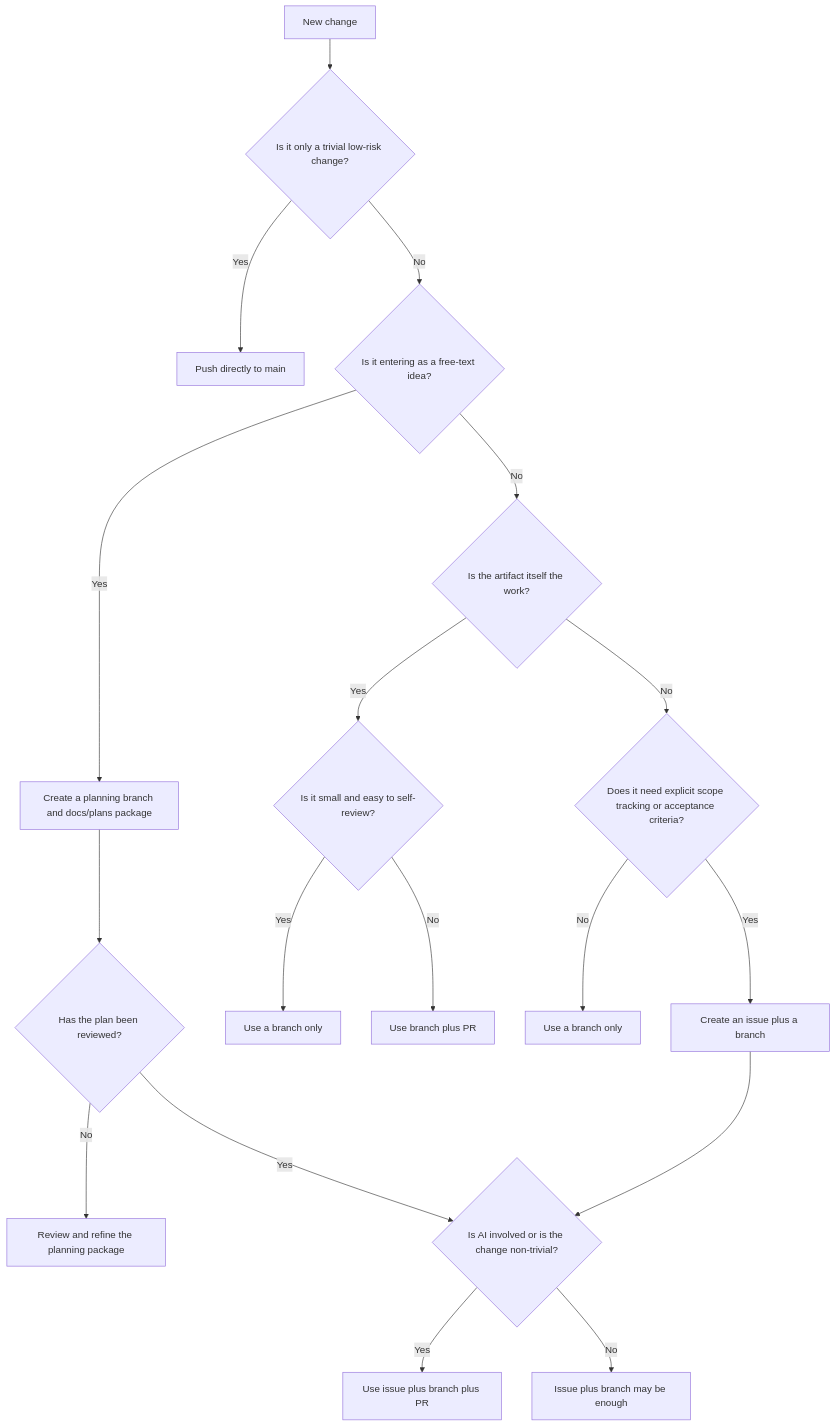
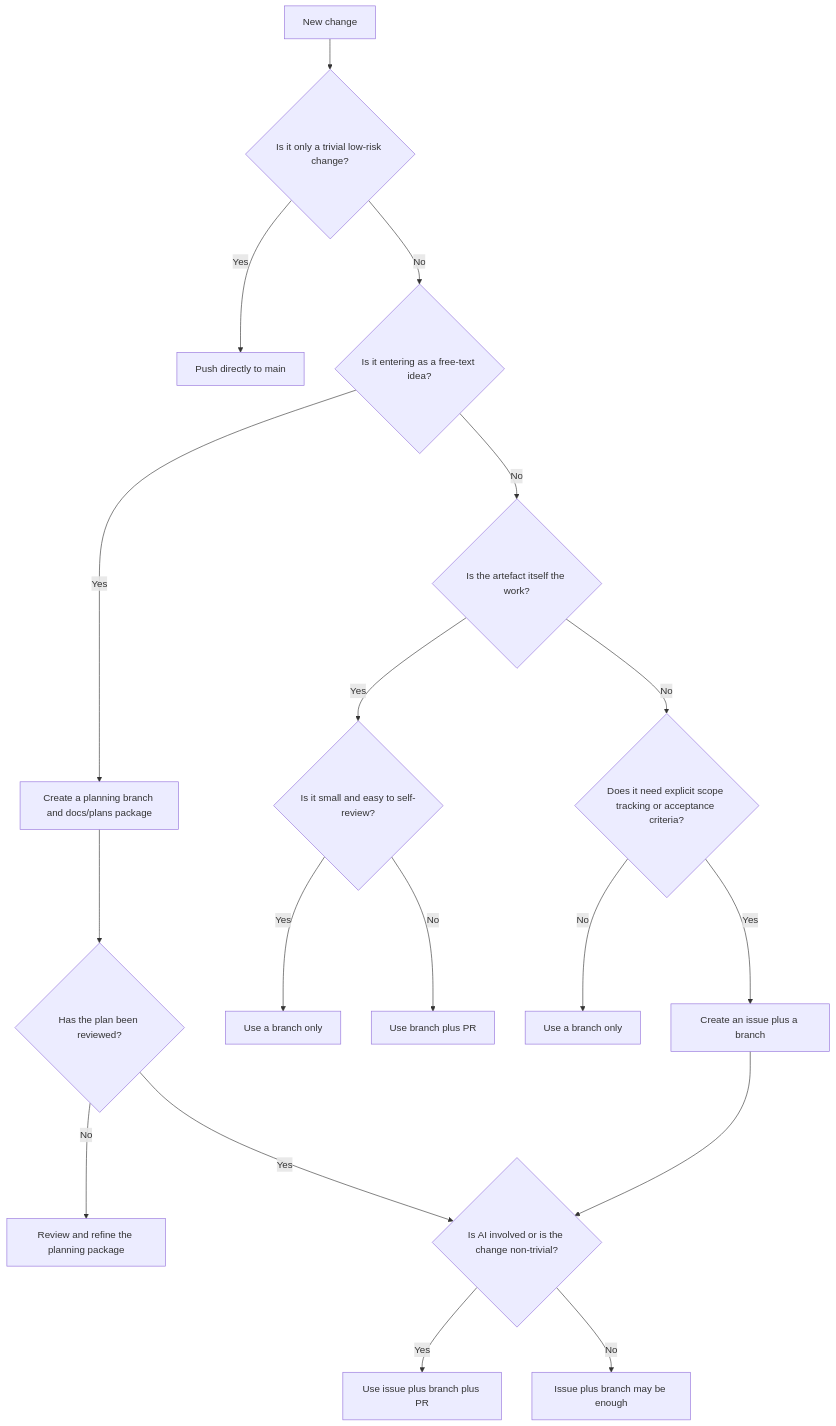
The diagram in CONTRIBUTING.md (HenryCFnord/arqix), drawn with Mermaid before and after one commit. The commit also changed other lines of this file and 36 other files, not shown here.

````diff
--- a/CONTRIBUTING.md
+++ b/CONTRIBUTING.md
@@ -148,20 +148,20 @@
 ```mermaid
 flowchart TD
     A[New change] --> B{Is it only a trivial low-risk change?}
     B -->|Yes| C[Push directly to main]
     B -->|No| D{Is it entering as a free-text idea?}
     D -->|Yes| E[Create a planning branch and docs/plans package]
-    D -->|No| F{Is the artifact itself the work?}
+    D -->|No| F{Is the artefact itself the work?}
     E --> G{Has the plan been reviewed?}
     G -->|No| H[Review and refine the planning package]
     G -->|Yes| I{Is AI involved or is the change non-trivial?}
     F -->|Yes| J{Is it small and easy to self-review?}
     J -->|Yes| K[Use a branch only]
     J -->|No| L[Use branch plus PR]
     F -->|No| M{Does it need explicit scope tracking or acceptance criteria?}
     M -->|No| N[Use a branch only]
     M -->|Yes| O[Create an issue plus a branch]
     O --> I
     I -->|Yes| P[Use issue plus branch plus PR]
     I -->|No| Q[Issue plus branch may be enough]
 ```
````
